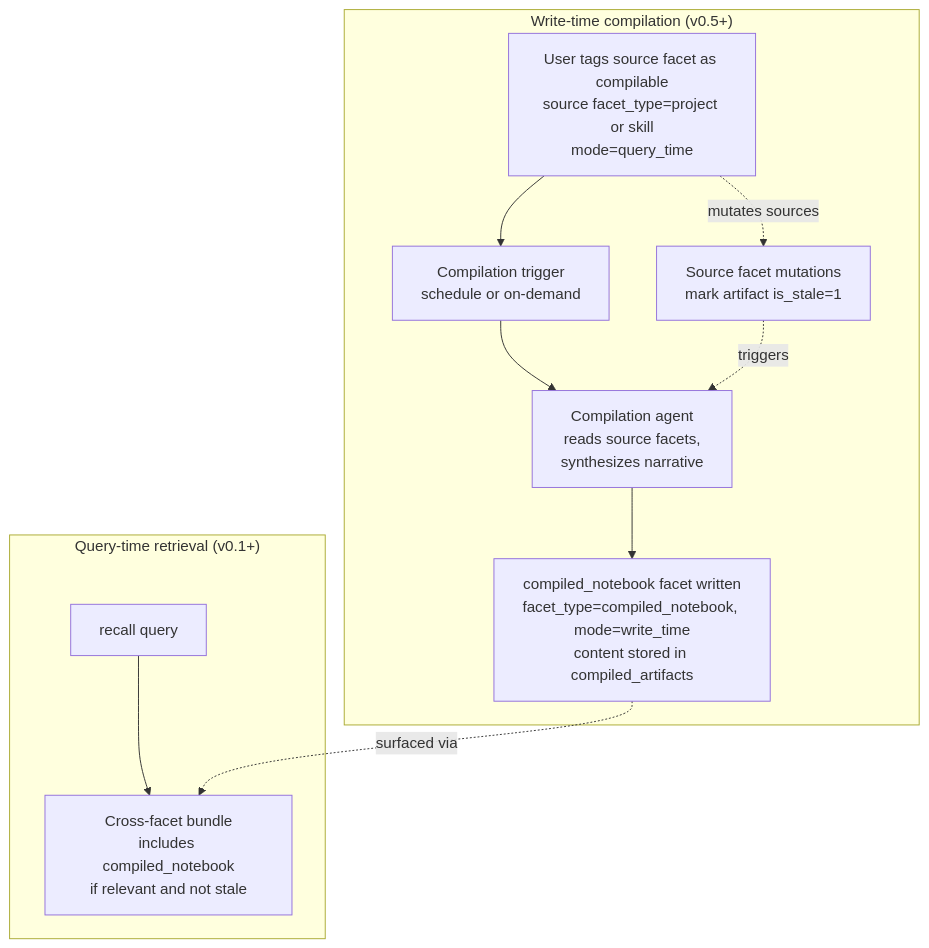
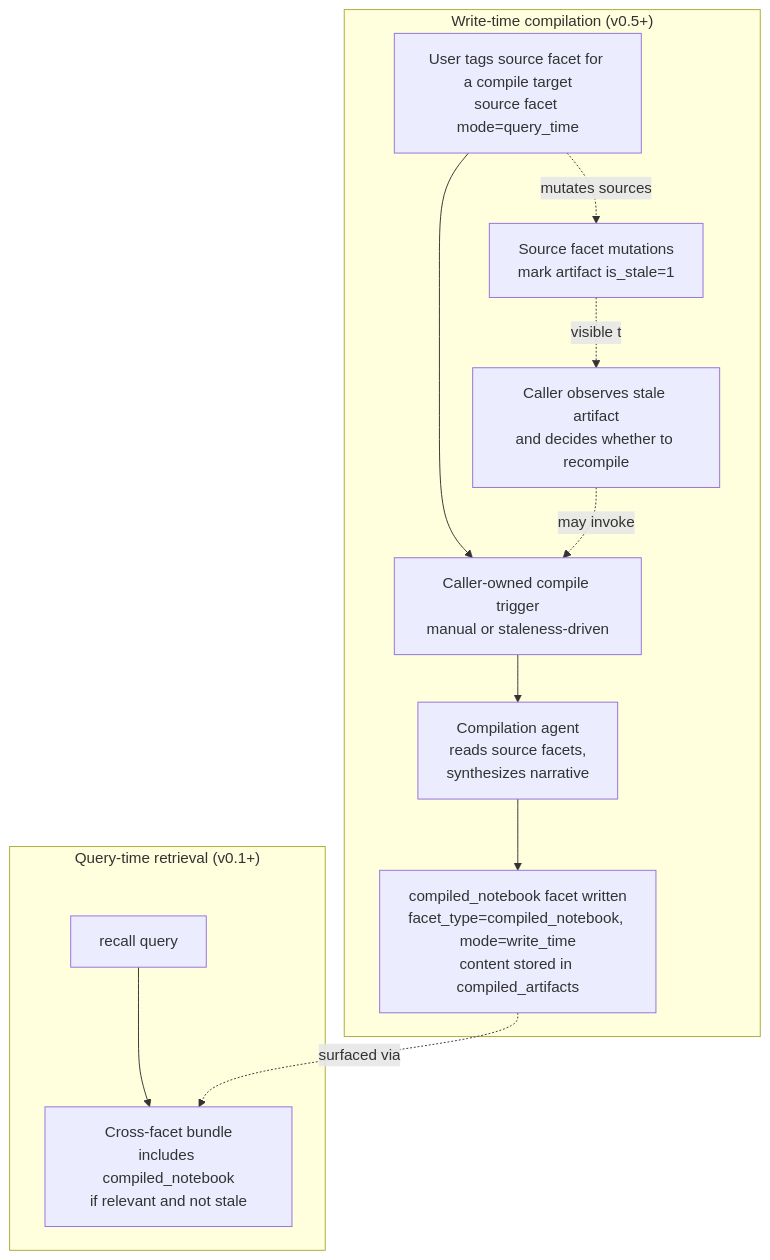
Before and after one commit to Mathews-Tom/Tessera: the ninth of 9 diagrams in docs/system-design.md, drawn with Mermaid. The commit also changed other lines of this file and 1 other file, not shown here.

Commit message:
Clarify task-shaped Playbooks (#73)
* docs: clarify task-shaped playbooks

* docs: align stale playbook diagram

````diff
--- a/docs/system-design.md
+++ b/docs/system-design.md
@@ -537,23 +537,25 @@
 ```mermaid
 graph TB
   subgraph Write["Write-time compilation (v0.5+)"]
-    ING[User tags source facet as compilable<br/>source facet_type=project or skill<br/>mode=query_time]
-    TRIGGER[Compilation trigger<br/>schedule or on-demand]
+    ING[User tags source facet for a compile target<br/>source facet mode=query_time]
+    TRIGGER[Caller-owned compile trigger<br/>manual or staleness-driven]
     COMPILE[Compilation agent<br/>reads source facets,<br/>synthesizes narrative]
     ARTIFACT[compiled_notebook facet written<br/>facet_type=compiled_notebook, mode=write_time<br/>content stored in compiled_artifacts]
     STALE[Source facet mutations<br/>mark artifact is_stale=1]
+    OBSERVE[Caller observes stale artifact<br/>and decides whether to recompile]
   end
 
   subgraph Query["Query-time retrieval (v0.1+)"]
     ASK[recall query]
     BUNDLE[Cross-facet bundle<br/>includes compiled_notebook<br/>if relevant and not stale]
   end
 
   ING --> TRIGGER
   TRIGGER --> COMPILE
   COMPILE --> ARTIFACT
   ING -.mutates sources.-> STALE
-  STALE -.triggers.-> COMPILE
+  STALE -.visible to.-> OBSERVE
+  OBSERVE -.may invoke.-> TRIGGER
   ASK --> BUNDLE
   ARTIFACT -.surfaced via.-> BUNDLE
 ```
````
